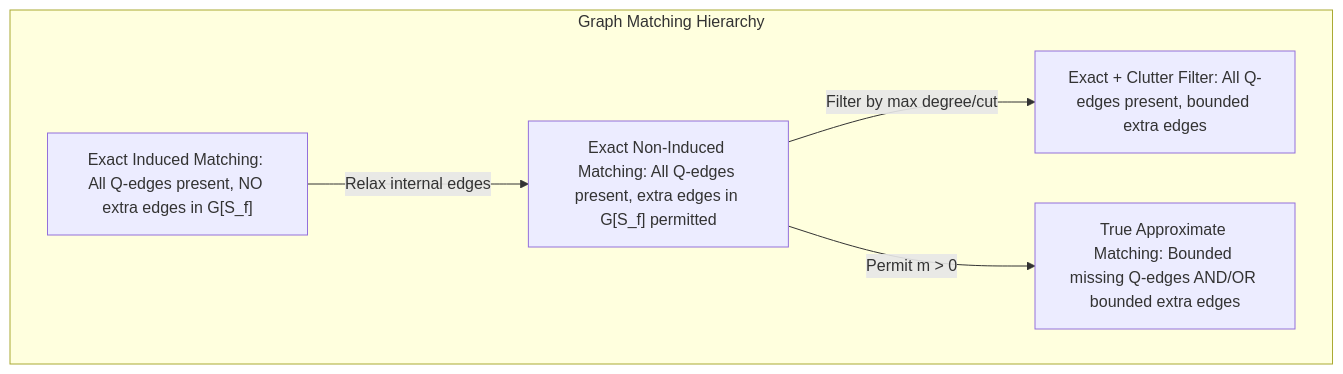
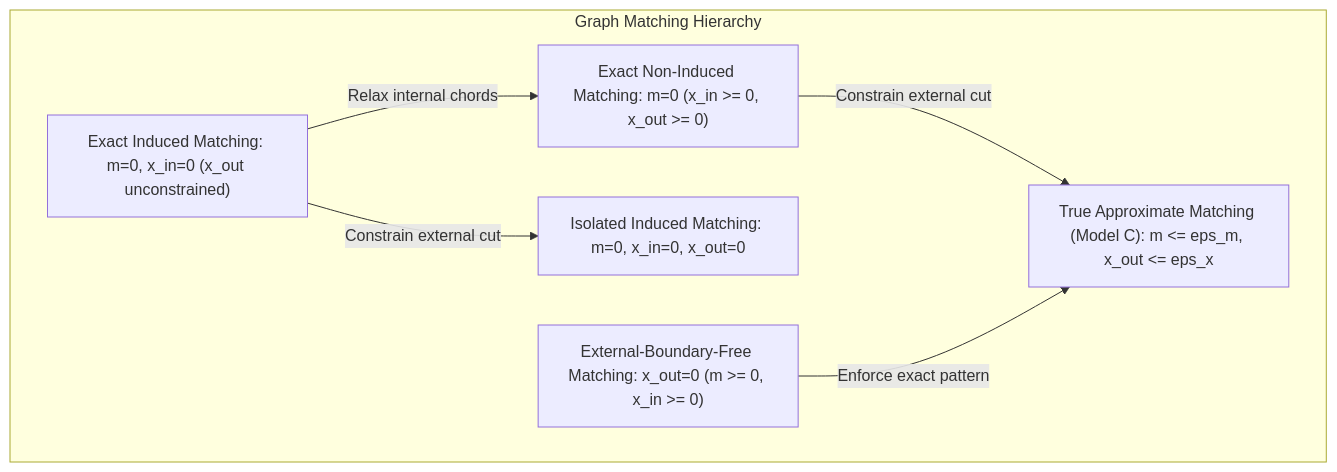
The first of 2 diagrams in docs/approx_problem_definition_v1.md (iamqthanq/Seminar_RapidFlow), drawn with Mermaid before and after one commit. The commit also changed other lines of this file and 6 other files, not shown here.

````diff
--- a/docs/approx_problem_definition_v1.md
+++ b/docs/approx_problem_definition_v1.md
@@ -83,12 +83,14 @@
 ```mermaid
 flowchart TD
     subgraph Space["Graph Matching Hierarchy"]
-        EX_IND["Exact Induced Matching: All Q-edges present, NO extra edges in G[S_f]"]
-        EX_NON["Exact Non-Induced Matching: All Q-edges present, extra edges in G[S_f] permitted"]
-        APX_SUB["Exact + Clutter Filter: All Q-edges present, bounded extra edges"]
-        APX_TRUE["True Approximate Matching: Bounded missing Q-edges AND/OR bounded extra edges"]
+        EX_IND["Exact Induced Matching: m=0, x_in=0 (x_out unconstrained)"]
+        EX_NON["Exact Non-Induced Matching: m=0 (x_in >= 0, x_out >= 0)"]
+        EX_BOUND["External-Boundary-Free Matching: x_out=0 (m >= 0, x_in >= 0)"]
+        EX_ISO["Isolated Induced Matching: m=0, x_in=0, x_out=0"]
+        APX_TRUE["True Approximate Matching (Model C): m <= eps_m, x_out <= eps_x"]
     end
-    EX_IND -->|Relax internal edges| EX_NON
-    EX_NON -->|Filter by max degree/cut| APX_SUB
-    EX_NON -->|Permit m > 0| APX_TRUE
+    EX_IND -->|Relax internal chords| EX_NON
+    EX_NON -->|Constrain external cut| APX_TRUE
+    EX_IND -->|Constrain external cut| EX_ISO
+    EX_BOUND -->|Enforce exact pattern| APX_TRUE
 ```
````
